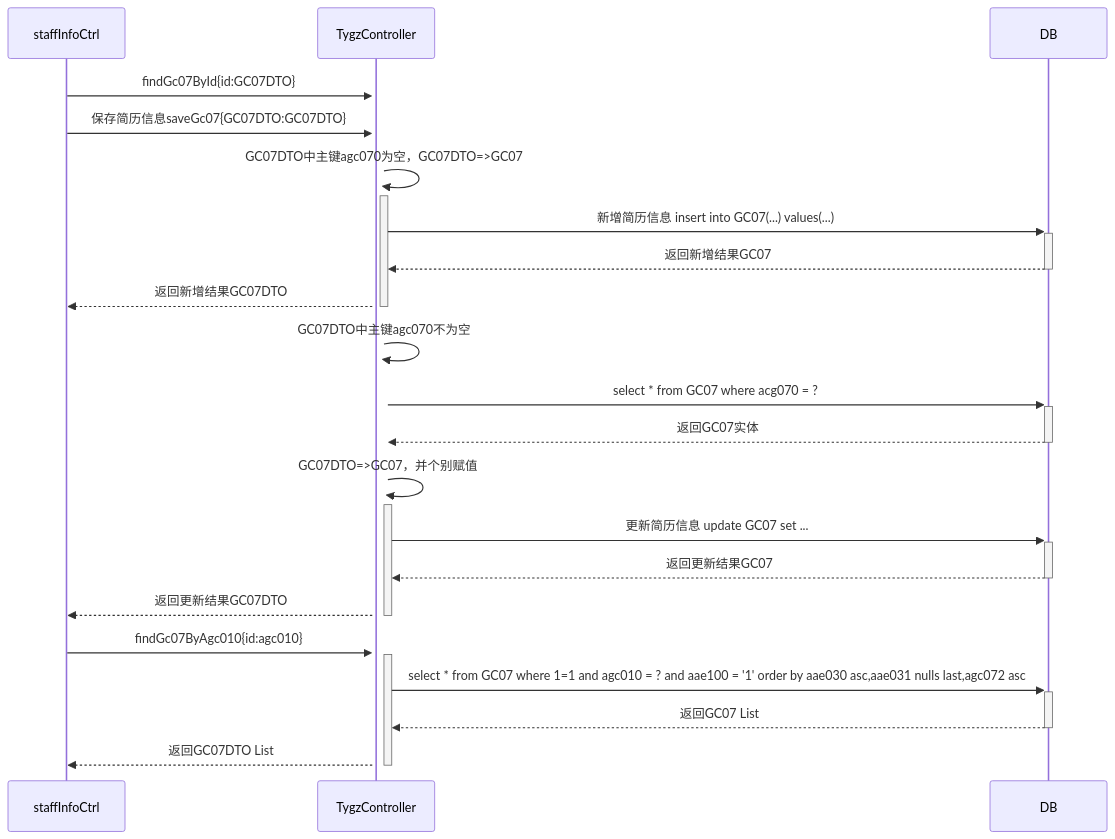
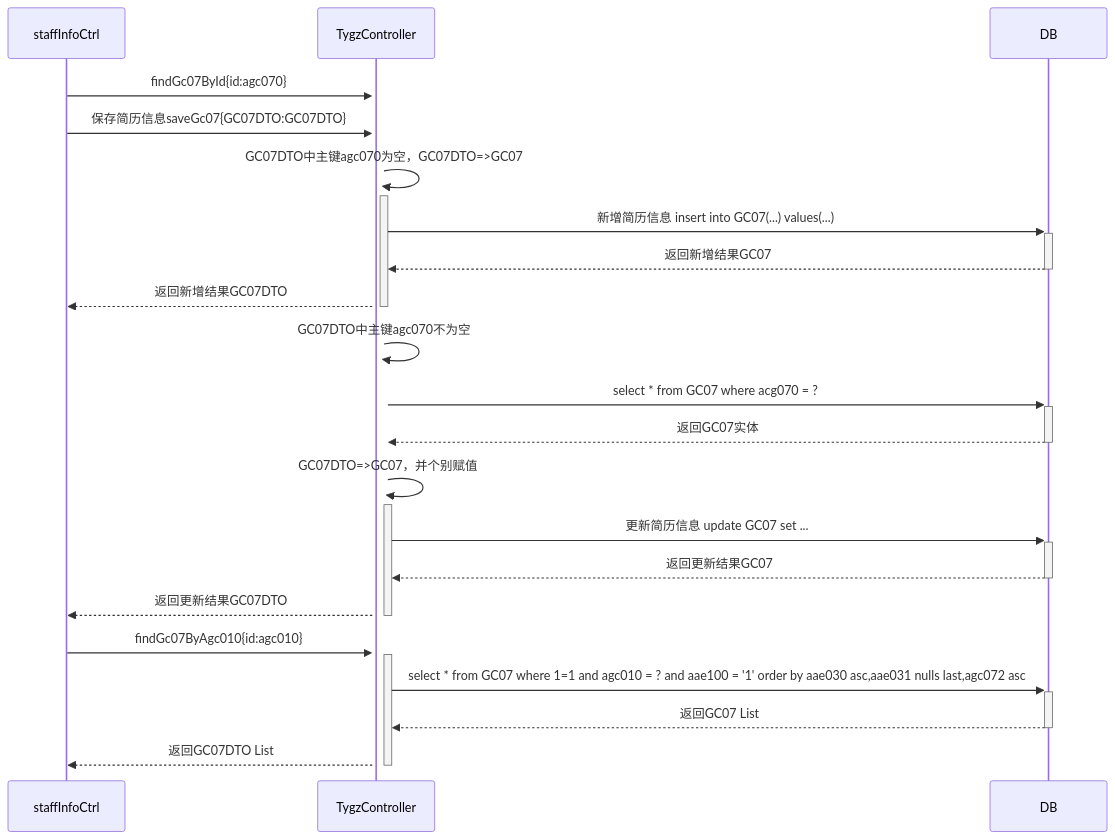
The diagram in all/未命名.md (ZhangJianBeiJing/iodraw-files), drawn with Mermaid before and after one commit.

Commit message:
2025-03-25 17:25:47 update

````diff
--- a/all/未命名.md
+++ b/all/未命名.md
@@ -1,23 +1,23 @@
 ```mermaid
 sequenceDiagram
 
-staffInfoCtrl->>+TygzController:findGc07ById{id:GC07DTO}
+    staffInfoCtrl->>+TygzController:findGc07ById{id:agc070}
     staffInfoCtrl->>+TygzController:保存简历信息saveGc07{GC07DTO:GC07DTO}
     TygzController->>+TygzController:GC07DTO中主键agc070为空，GC07DTO=>GC07
     TygzController->>+DB:新增简历信息 insert into GC07(...) values(...)
     DB-->>-TygzController:返回新增结果GC07
     TygzController-->>-staffInfoCtrl:返回新增结果GC07DTO
     TygzController->>+TygzController:GC07DTO中主键agc070不为空
     TygzController->>+DB:select * from GC07 where acg070 = ?
     DB-->>-TygzController:返回GC07实体
     TygzController->>+TygzController:GC07DTO=>GC07，并个别赋值
     TygzController->>+DB:更新简历信息 update GC07 set ...
     DB-->>-TygzController:返回更新结果GC07
     TygzController-->>-staffInfoCtrl:返回更新结果GC07DTO
 
     staffInfoCtrl->>+TygzController:findGc07ByAgc010{id:agc010}
     TygzController->>+DB:select * from GC07 where 1=1 and agc010 = ? and aae100 = '1' order by aae030 asc,aae031 nulls last,agc072 asc 
     DB-->>-TygzController:返回GC07 List
     TygzController-->>-staffInfoCtrl:返回GC07DTO List
             
 ```
````
